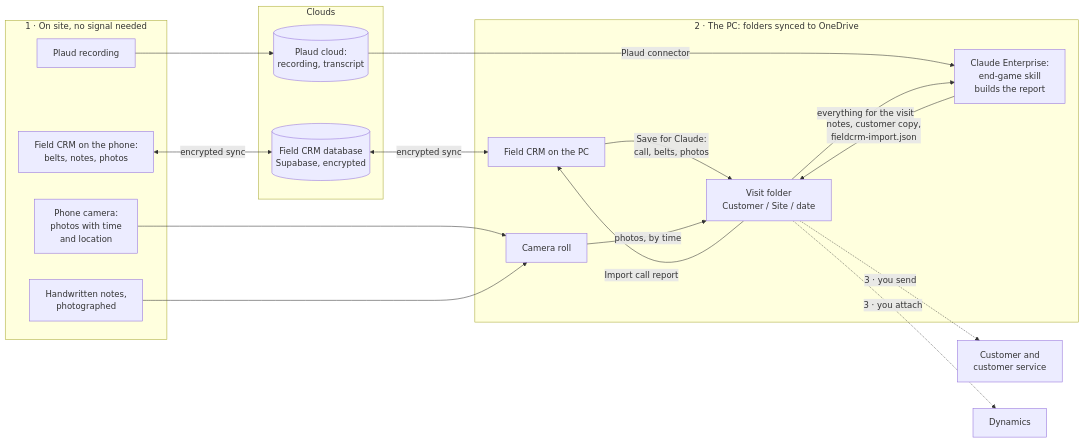
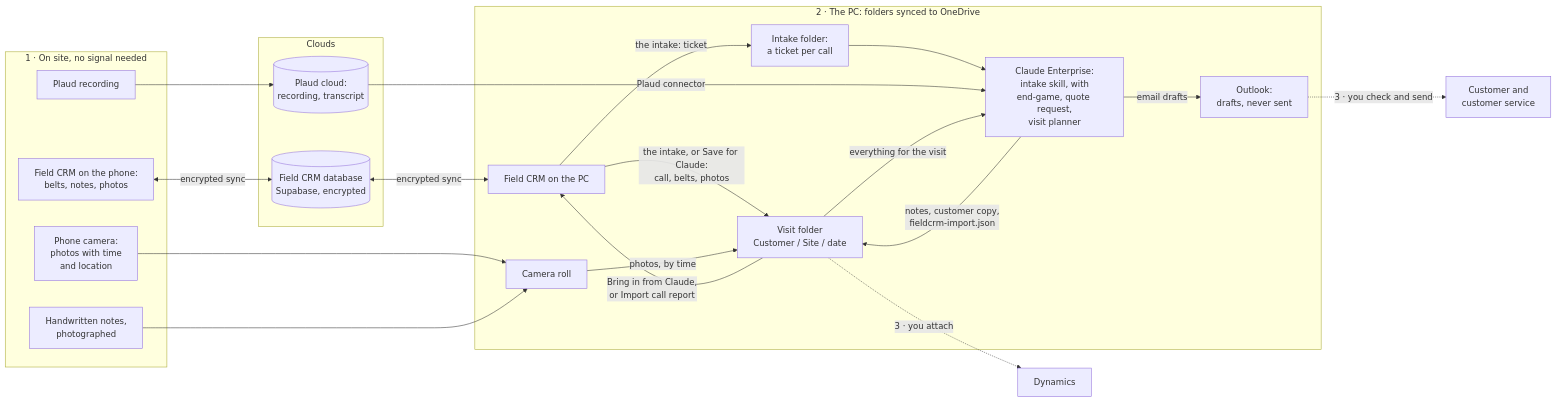
One commit to benjaminkeithrose-svg/CRM changed the diagram in docs/05-data-in-and-out.md. Above: the diagram before and after it, drawn with Mermaid. The commit also changed other lines of this file and 32 other files, not shown here.

First line of the commit message:
v193: the intake for Claude, and the intake dispatcher skill

````diff
--- a/docs/05-data-in-and-out.md
+++ b/docs/05-data-in-and-out.md
@@ -51,32 +53,37 @@
 ```mermaid
 flowchart LR
   subgraph Site["1 · On site, no signal needed"]
     FC[Field CRM on the phone:<br>belts, notes, photos]
     PH[Phone camera:<br>photos with time<br>and location]
     HN[Handwritten notes,<br>photographed]
     P[Plaud recording]
   end
   subgraph Cloud["Clouds"]
     SB[(Field CRM database<br>Supabase, encrypted)]
     PL[(Plaud cloud:<br>recording, transcript)]
   end
   subgraph PC["2 · The PC: folders synced to OneDrive"]
     FPC[Field CRM on the PC]
     CR[Camera roll]
     VF[Visit folder<br>Customer / Site / date]
-    CL[Claude Enterprise:<br>end-game skill<br>builds the report]
+    IN[Intake folder:<br>a ticket per call]
+    CL[Claude Enterprise:<br>intake skill, with<br>end-game, quote request,<br>visit planner]
+    OL[Outlook:<br>drafts, never sent]
   end
   FC <-->|encrypted sync| SB
   SB <-->|encrypted sync| FPC
   PH --> CR
   HN --> CR
   P --> PL
-  FPC -->|Save for Claude:<br>call, belts, photos| VF
+  FPC -->|the intake, or Save for Claude:<br>call, belts, photos| VF
+  FPC -->|the intake: ticket| IN
+  IN --> CL
   CR -->|photos, by time| VF
   PL -->|Plaud connector| CL
   VF -->|everything for the visit| CL
   CL -->|notes, customer copy,<br>fieldcrm-import.json| VF
-  VF -->|Import call report| FPC
-  VF -.->|3 · you send| CUS[Customer and<br>customer service]
+  VF -->|Bring in from Claude,<br>or Import call report| FPC
+  CL -->|email drafts| OL
+  OL -.->|3 · you check and send| CUS[Customer and<br>customer service]
   VF -.->|3 · you attach| DY[Dynamics]
 ```
````
